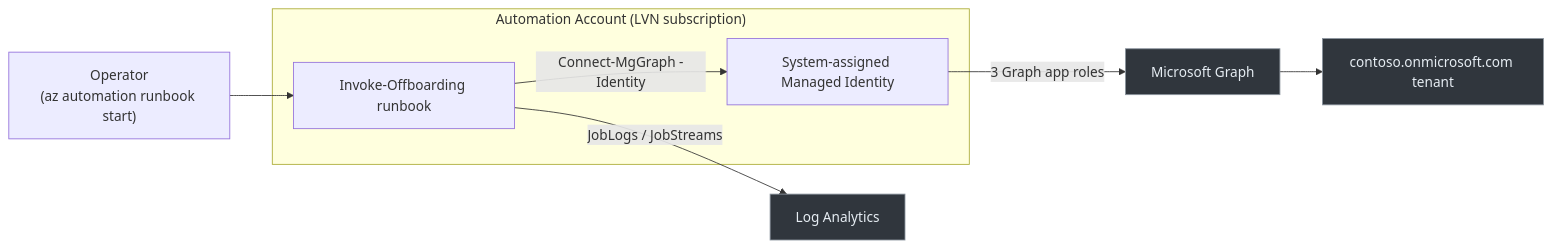
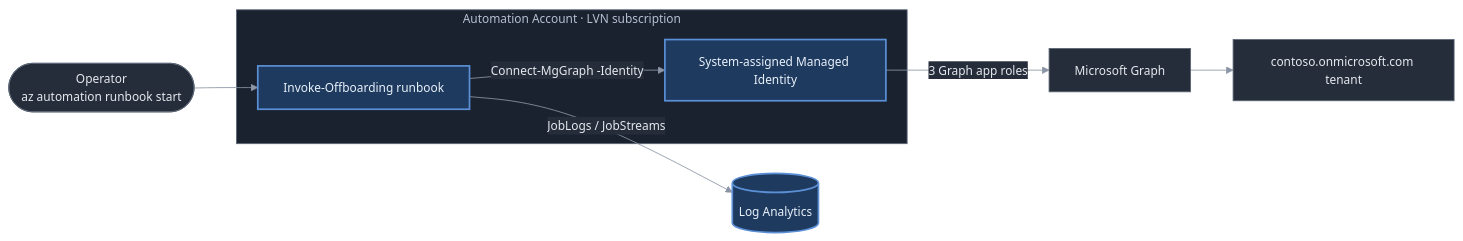
One commit to realitylvn/m365-offboarding-automator changed the diagram in README.md. Above: the diagram before and after it, drawn with Mermaid. The commit also changed 1 other file, not shown here.

Commit message:
docs: adopt the portfolio mermaid convention (theme-pinned + classDef)
Matches azure-cost-sentinel: a %%{init}%% block pins primaryColor/textColor/
edgeLabelBackground/clusterBkg so GitHub's light/dark toggle can't swap colours,
and classDef built/ext colours every node explicitly. Shapes (stadium, cylinder)
are back and safe because nothing depends on theme defaults now. Both diagrams
render identically and legibly in both GitHub themes — verified with mermaid-cli.

````diff
--- a/README.md
+++ b/README.md
@@ -48,14 +48,28 @@
 ```mermaid
+%%{init: {'theme':'base', 'themeVariables': {
+  'fontSize':'14px',
+  'primaryColor':'#252d3a',
+  'primaryTextColor':'#e6e9ef',
+  'primaryBorderColor':'#5b6675',
+  'lineColor':'#8b95a5',
+  'textColor':'#e6e9ef',
+  'edgeLabelBackground':'#252d3a',
+  'clusterBkg':'#1a2230',
+  'clusterBorder':'#5b6675'
+}}}%%
 flowchart LR
-  op["Operator<br/>(az automation runbook start)"] --> rb
-  subgraph AA["Automation Account (LVN subscription)"]
+  op(["Operator<br/>az automation runbook start"]) --> rb
+  subgraph AA["Automation Account · LVN subscription"]
     rb["Invoke-Offboarding runbook"]
     mi["System-assigned Managed Identity"]
   end
   rb -->|"Connect-MgGraph -Identity"| mi
   mi -->|"3 Graph app roles"| msgraph["Microsoft Graph"]
   msgraph --> tenant["contoso.onmicrosoft.com tenant"]
-  rb -->|"JobLogs / JobStreams"| law["Log Analytics"]
-  classDef ext fill:#30363d,stroke:#8b949e,color:#e6edf3
-  class msgraph,tenant,law ext
+  rb -->|"JobLogs / JobStreams"| law[("Log Analytics")]
+
+  classDef built fill:#1e3a5f,stroke:#5b8fd6,stroke-width:2px,color:#eaf2fb;
+  classDef ext fill:#252d3a,stroke:#5b6675,color:#e6e9ef;
+  class rb,mi,law built;
+  class op,msgraph,tenant ext;
 ```
````
